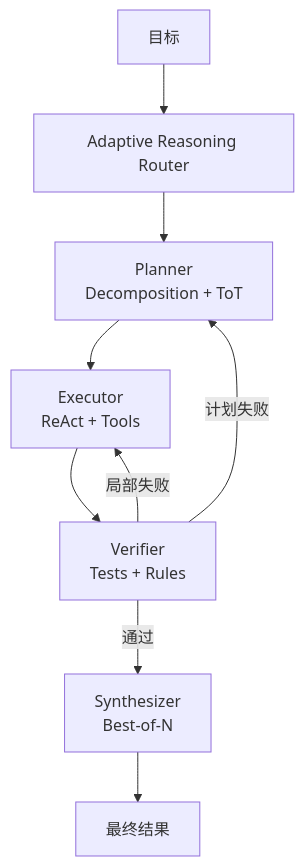
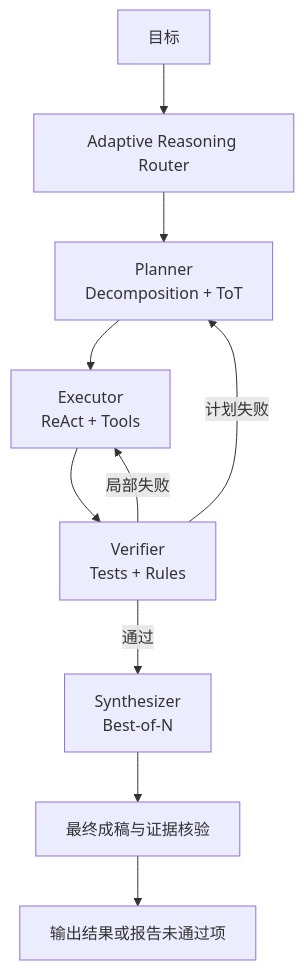
Before and after one commit to oneleaveknowsthefall/awesome-ai-roadmap: diagram 16 of 17 in docs/agent/02-reasoning-planning/05-agent-reasoning-methods.md, drawn with Mermaid. The commit also changed other lines of this file and 34 other files, not shown here.

````diff
--- a/docs/agent/02-reasoning-planning/05-agent-reasoning-methods.md
+++ b/docs/agent/02-reasoning-planning/05-agent-reasoning-methods.md
@@ -698,11 +704,12 @@
 ```mermaid
 flowchart TB
     G[目标] --> AR[Adaptive Reasoning Router]
     AR --> P[Planner<br/>Decomposition + ToT]
     P --> E[Executor<br/>ReAct + Tools]
     E --> V[Verifier<br/>Tests + Rules]
     V -->|局部失败| E
     V -->|计划失败| P
     V -->|通过| S[Synthesizer<br/>Best-of-N]
-    S --> OUT[最终结果]
+    S --> FINAL[最终成稿与证据核验]
+    FINAL --> OUT[输出结果或报告未通过项]
 ```
````
